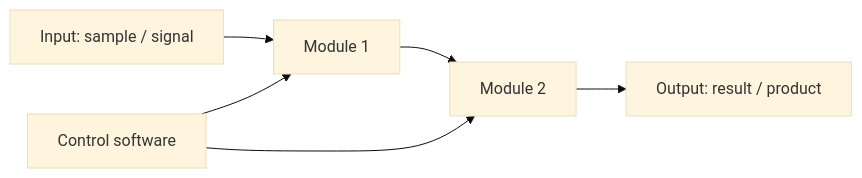
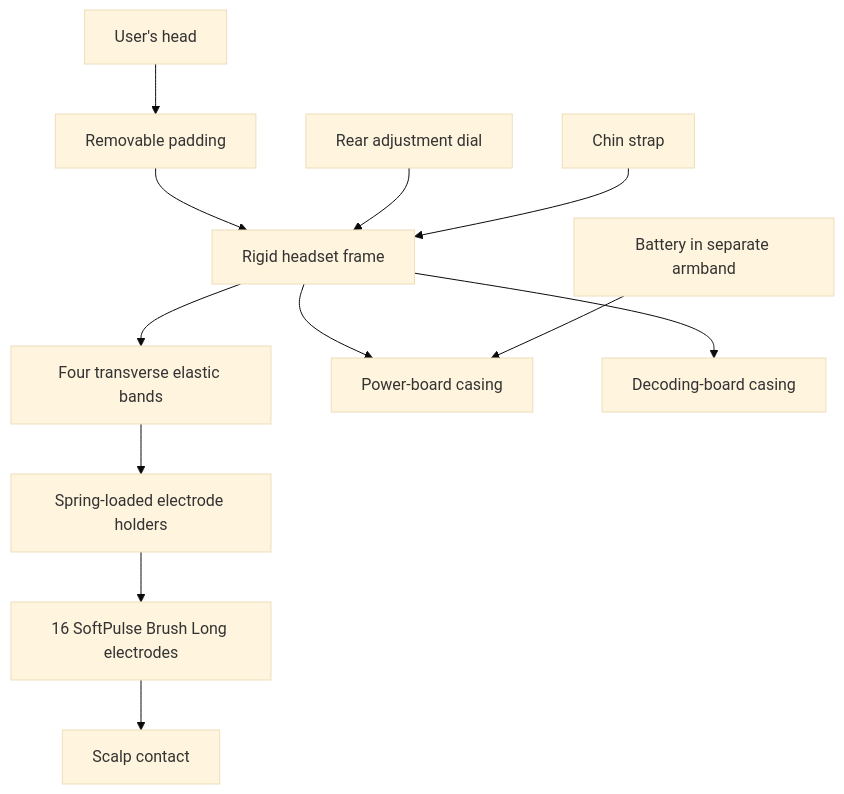
The diagram in docs/DSD-HEADSET.md (N-Pulse/EEG-HW-System), drawn with Mermaid (base theme) before and after one commit. The commit also changed other lines of this file and 1 other file, not shown here.

Commit message:
docs: draft EEG headset design definition

````diff
--- a/docs/DSD-HEADSET.md
+++ b/docs/DSD-HEADSET.md
@@ -137,8 +108,14 @@
 ```mermaid
-flowchart LR
-    A[Input: sample / signal] --> B[Module 1]
-    B --> C[Module 2]
-    C --> D[Output: result / product]
-    E[Control software] --> B
-    E --> C
+flowchart TD
+    H[User's head] --> P[Removable padding]
+    P --> F[Rigid headset frame]
+    D[Rear adjustment dial] --> F
+    C[Chin strap] --> F
+    F --> B[Four transverse elastic bands]
+    B --> EH[Spring-loaded electrode holders]
+    EH --> E[16 SoftPulse Brush Long electrodes]
+    E --> S[Scalp contact]
+    F --> PB[Power-board casing]
+    F --> DB[Decoding-board casing]
+    BA[Battery in separate armband] --> PB
 ```
````
